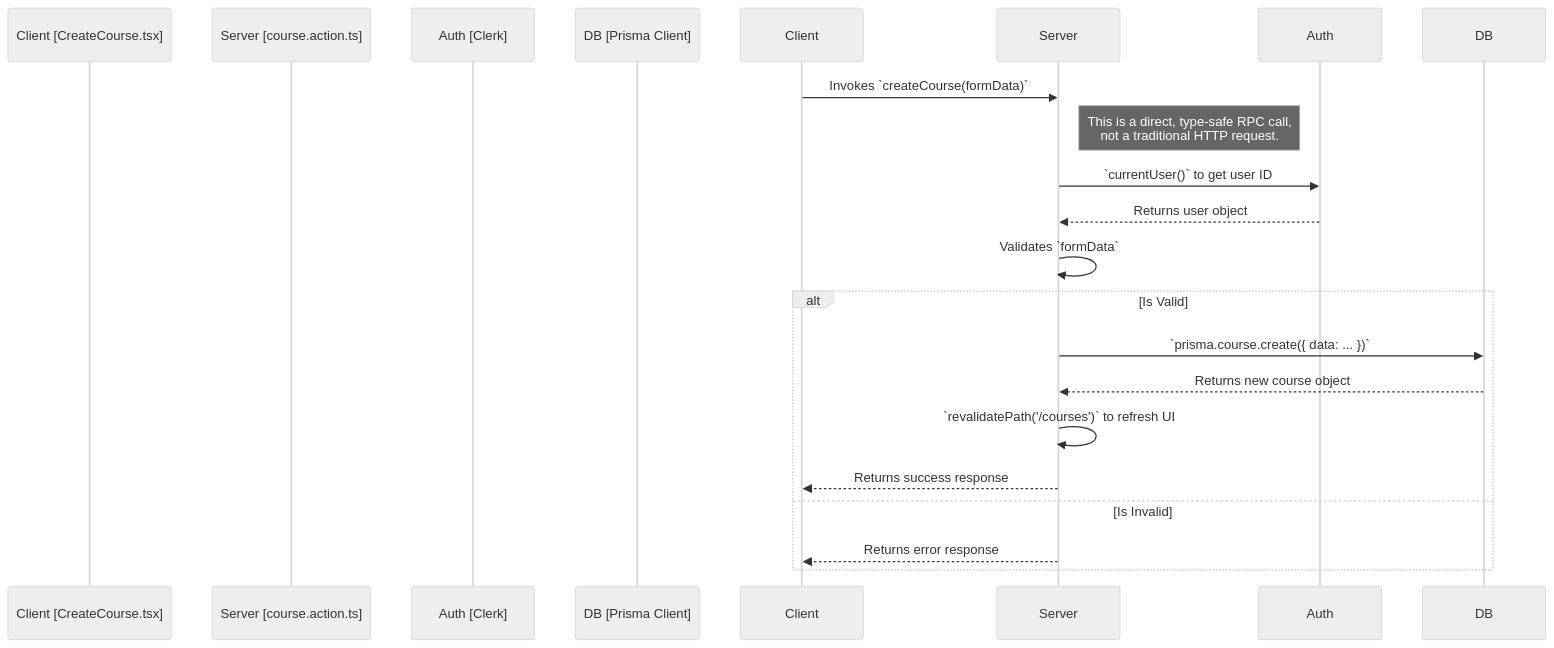
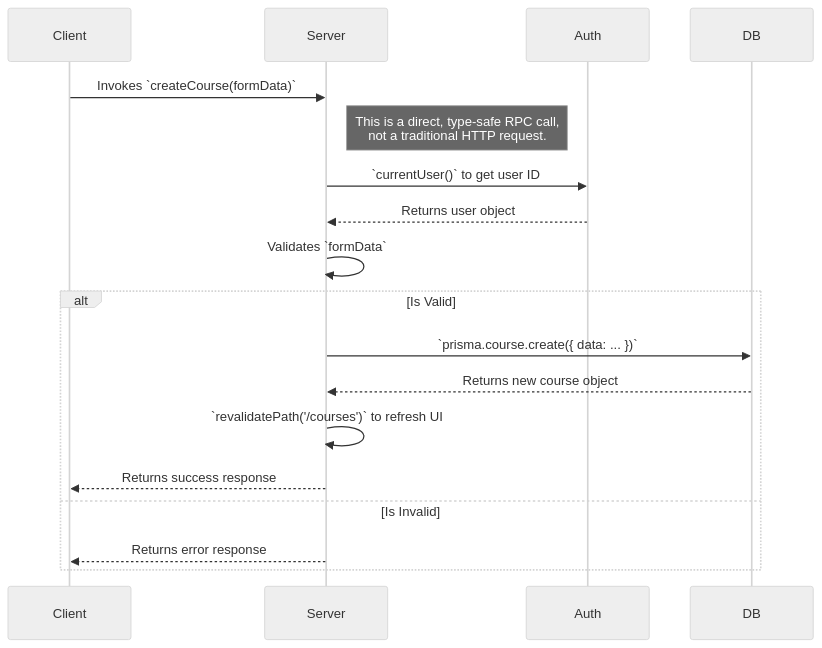
The third of 4 diagrams in docs/components.md (UE5DefaultDev/sharehive), drawn with Mermaid (neutral theme) before and after one commit. The commit also changed other lines of this file and 4 other files, not shown here.

````diff
--- a/docs/components.md
+++ b/docs/components.md
@@ -98,22 +98,18 @@
 ```mermaid
 sequenceDiagram
-    participant Client [CreateCourse.tsx]
-    participant Server [course.action.ts]
-    participant Auth [Clerk]
-    participant DB [Prisma Client]
 
     Client->>Server: Invokes `createCourse(formData)`
     note right of Server: This is a direct, type-safe RPC call,<br/>not a traditional HTTP request.
 
     Server->>Auth: `currentUser()` to get user ID
     Auth-->>Server: Returns user object
     Server->>Server: Validates `formData`
     alt Is Valid
         Server->>DB: `prisma.course.create({ data: ... })`
         DB-->>Server: Returns new course object
         Server->>Server: `revalidatePath('/courses')` to refresh UI
         Server-->>Client: Returns success response
     else Is Invalid
         Server-->>Client: Returns error response
     end
 ```
````
